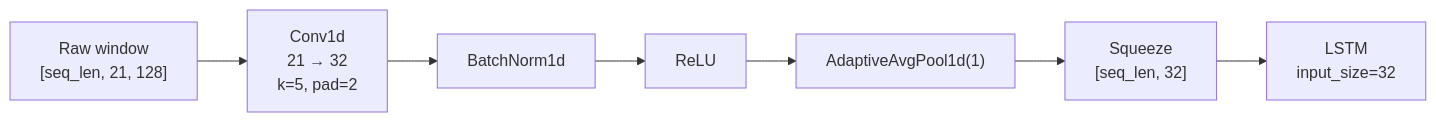
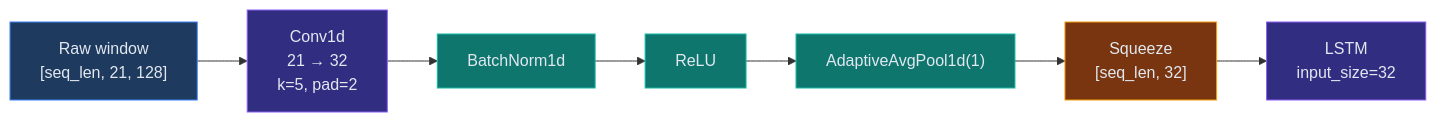
Before and after one commit to RICSE-donnenfeld/DEEPL-brainshake: the diagram in mermaid/lstm_conv_proj.mmd, drawn with Mermaid. The commit also changed 18 other files, not shown here.

```diff
--- a/mermaid/lstm_conv_proj.mmd
+++ b/mermaid/lstm_conv_proj.mmd
@@ -1,11 +1,19 @@
 %% LSTM conv_proj mode
 flowchart LR
     input["Raw window<br/>[seq_len, 21, 128]"]
     conv["Conv1d<br/>21 → 32<br/>k=5, pad=2"]
     bn["BatchNorm1d"]
     relu["ReLU"]
     pool["AdaptiveAvgPool1d(1)"]
     squeeze["Squeeze<br/>[seq_len, 32]"]
     lstm["LSTM<br/>input_size=32"]
 
     input --> conv --> bn --> relu --> pool --> squeeze --> lstm
+
+    style input fill:#1e3a5f,stroke:#3b82f6,color:#e2e8f0
+    style conv fill:#312e81,stroke:#8b5cf6,color:#e2e8f0
+    style bn fill:#0f766e,stroke:#14b8a6,color:#e2e8f0
+    style relu fill:#0f766e,stroke:#14b8a6,color:#e2e8f0
+    style pool fill:#0f766e,stroke:#14b8a6,color:#e2e8f0
+    style squeeze fill:#78350f,stroke:#f59e0b,color:#e2e8f0
+    style lstm fill:#312e81,stroke:#8b5cf6,color:#e2e8f0
```
